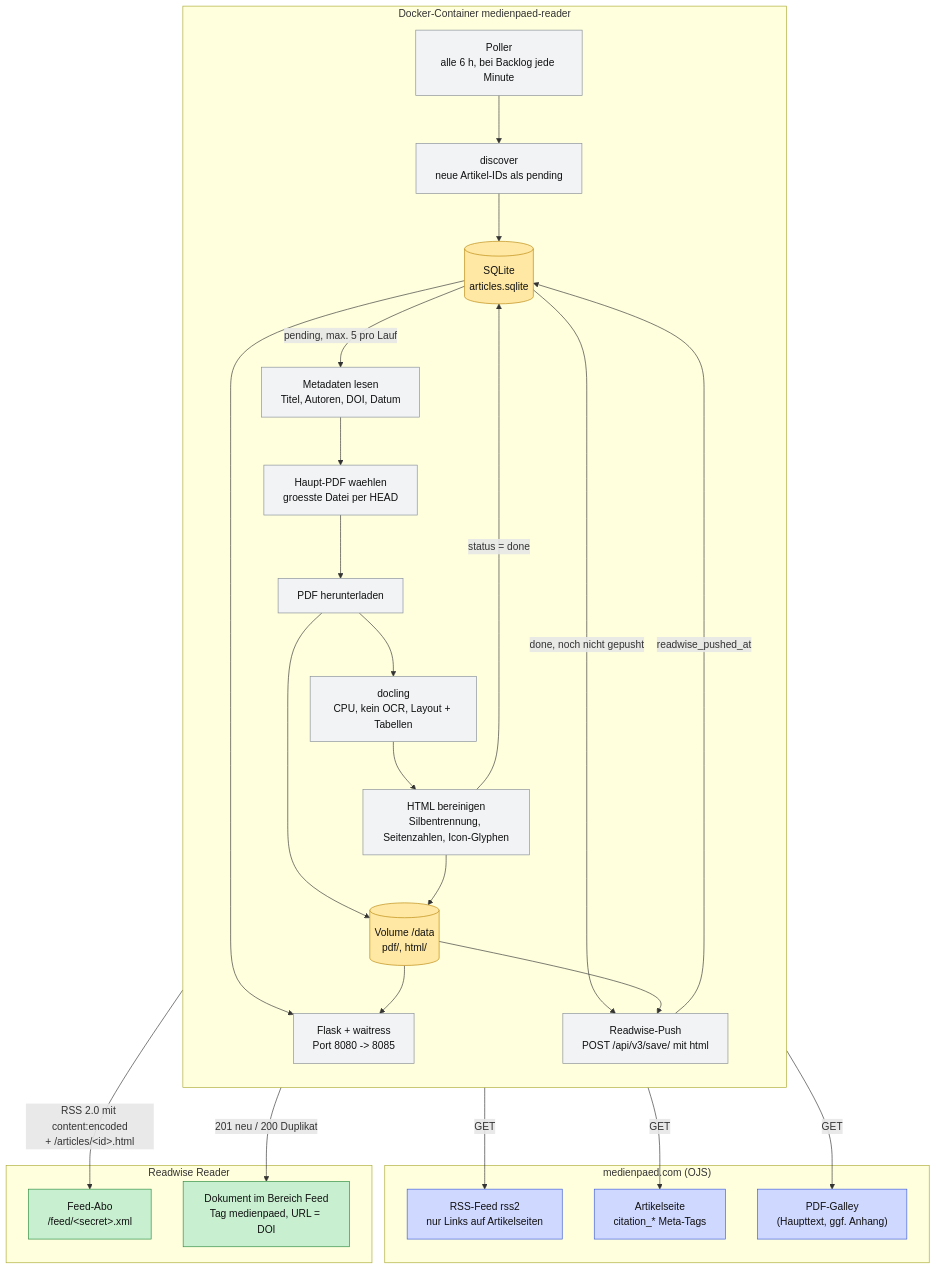
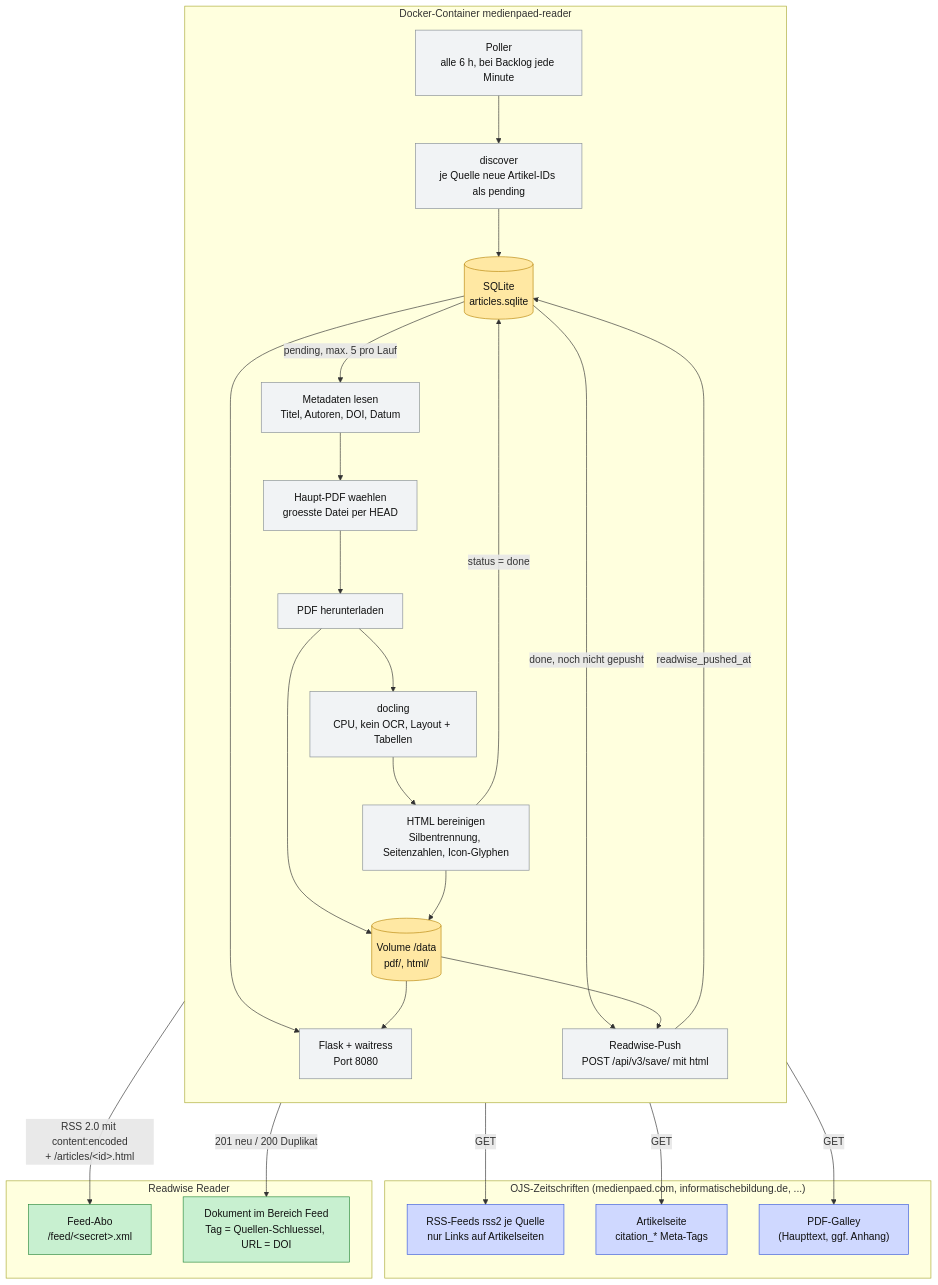
Before and after one commit to jvanvinkenroye/mediepaedcom2readwise: the diagram in README.md, drawn with Mermaid. The commit also changed other lines of this file and 16 other files, not shown here.

First line of the commit message:
feat: mehrere OJS-Quellen ueber sources.toml, IBiS vorkonfiguriert

````diff
--- a/README.md
+++ b/README.md
@@ -16,58 +43,58 @@
 ```mermaid
 flowchart TD
-    subgraph quelle["medienpaed.com (OJS)"]
-        RSS["RSS-Feed rss2<br/>nur Links auf Artikelseiten"]
+    subgraph quelle["OJS-Zeitschriften (medienpaed.com, informatischebildung.de, ...)"]
+        RSS["RSS-Feeds rss2 je Quelle<br/>nur Links auf Artikelseiten"]
         SEITE["Artikelseite<br/>citation_* Meta-Tags"]
         PDF["PDF-Galley<br/>(Haupttext, ggf. Anhang)"]
     end
 
     subgraph container["Docker-Container medienpaed-reader"]
         direction TB
         POLL["Poller<br/>alle 6 h, bei Backlog jede Minute"]
-        DISC["discover<br/>neue Artikel-IDs als pending"]
+        DISC["discover<br/>je Quelle neue Artikel-IDs als pending"]
         META["Metadaten lesen<br/>Titel, Autoren, DOI, Datum"]
         WAHL["Haupt-PDF waehlen<br/>groesste Datei per HEAD"]
         DL["PDF herunterladen"]
         DOC["docling<br/>CPU, kein OCR, Layout + Tabellen"]
         CLEAN["HTML bereinigen<br/>Silbentrennung, Seitenzahlen, Icon-Glyphen"]
         DB[("SQLite<br/>articles.sqlite")]
         FS[("Volume /data<br/>pdf/, html/")]
-        WEB["Flask + waitress<br/>Port 8080 -> 8085"]
+        WEB["Flask + waitress<br/>Port 8080"]
         PUSH["Readwise-Push<br/>POST /api/v3/save/ mit html"]
     end
 
     subgraph ziel["Readwise Reader"]
         FEEDABO["Feed-Abo<br/>/feed/&lt;secret&gt;.xml"]
-        API["Dokument im Bereich Feed<br/>Tag medienpaed, URL = DOI"]
+        API["Dokument im Bereich Feed<br/>Tag = Quellen-Schluessel, URL = DOI"]
     end
 
     POLL --> DISC
     DISC -->|GET| RSS
     DISC --> DB
     DB -->|pending, max. 5 pro Lauf| META
     META -->|GET| SEITE
     META --> WAHL
     WAHL --> DL
     DL -->|GET| PDF
     DL --> FS
     DL --> DOC
     DOC --> CLEAN
     CLEAN --> FS
     CLEAN -->|status = done| DB
     DB --> WEB
     FS --> WEB
     WEB -->|"RSS 2.0 mit content:encoded<br/>+ /articles/&lt;id&gt;.html"| FEEDABO
     DB -->|done, noch nicht gepusht| PUSH
     FS --> PUSH
     PUSH -->|"201 neu / 200 Duplikat"| API
     PUSH -->|readwise_pushed_at| DB
 
     classDef quelle fill:#cfd8ff,stroke:#3b5bdb,color:#111
     classDef ziel fill:#c8f0d0,stroke:#2b8a3e,color:#111
     classDef store fill:#ffe8a3,stroke:#b8860b,color:#111
     classDef step fill:#f1f3f5,stroke:#868e96,color:#111
     class POLL,DISC,META,WAHL,DL,DOC,CLEAN,WEB,PUSH step
     class RSS,SEITE,PDF quelle
     class FEEDABO,API ziel
     class DB,FS store
 ```
````
